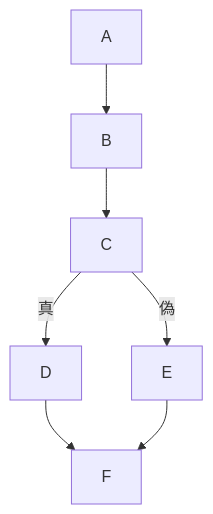
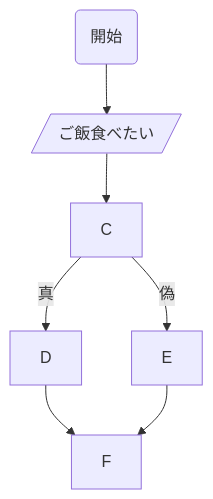
The first of 3 diagrams in README.md (tpu-game-2023/mermaid_test), drawn with Mermaid before and after one commit.

Commit message:
修正

````diff
--- a/README.md
+++ b/README.md
@@ -20,10 +20,10 @@
 ```mermaid
 flowchart TD;
-  A --> B;
+  A(開始) --> B[/ご飯食べたい/];
   B --> C;
   C -- 真 --> D;
   C -- 偽 --> E;
   D --> F;
   E --> F; 
 
 ```
````
